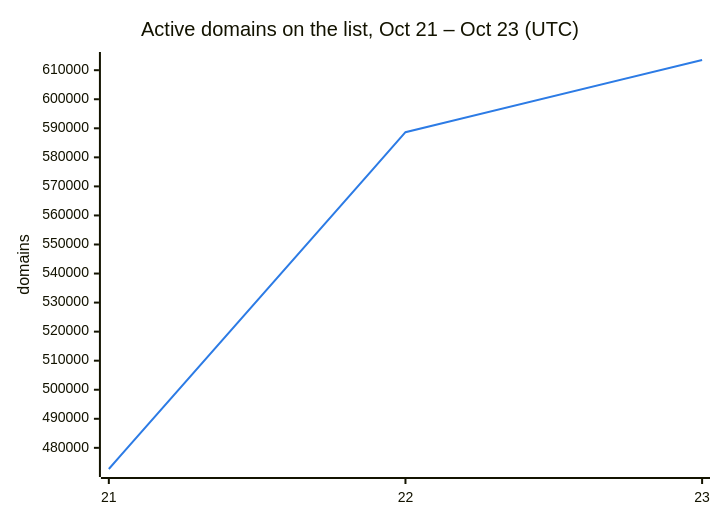
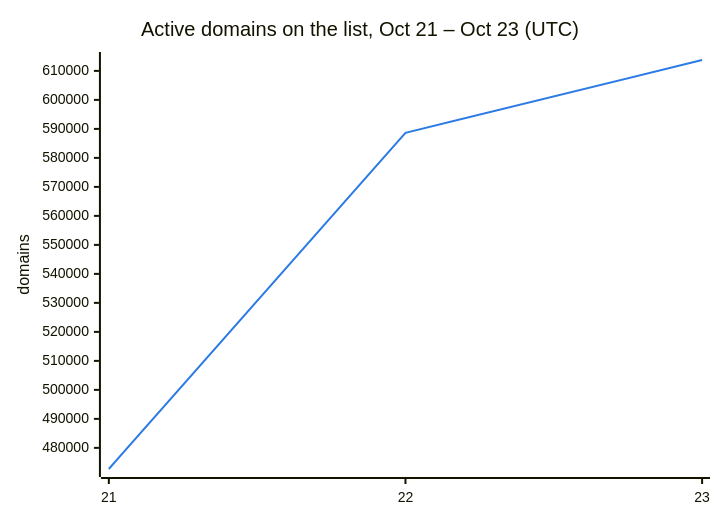
Before and after one commit to DNSBunker/CTI: the second of 3 diagrams in README.md, drawn with Mermaid. The commit also changed other lines of this file and 3 other files, not shown here.

````diff
--- a/README.md
+++ b/README.md
@@ -38,8 +38,8 @@
 ```mermaid
 %%{init: {"themeVariables": {"xyChart": {"plotColorPalette": "#2c7be5"}}}}%%
 xychart-beta
     title "Active domains on the list, Oct 21 – Oct 23 (UTC)"
     x-axis ["21", "22", "23"]
     y-axis "domains"
-    line [472713, 588659, 613512]
+    line [472713, 588659, 613756]
 ```
````
